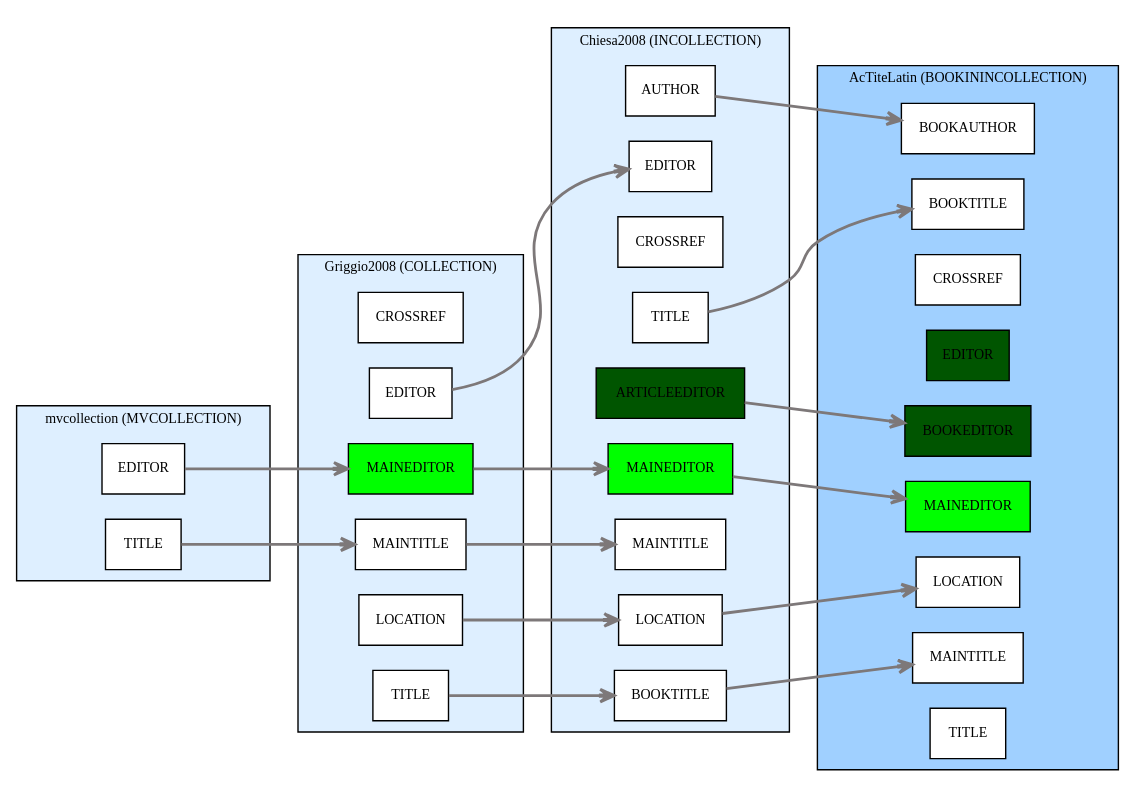
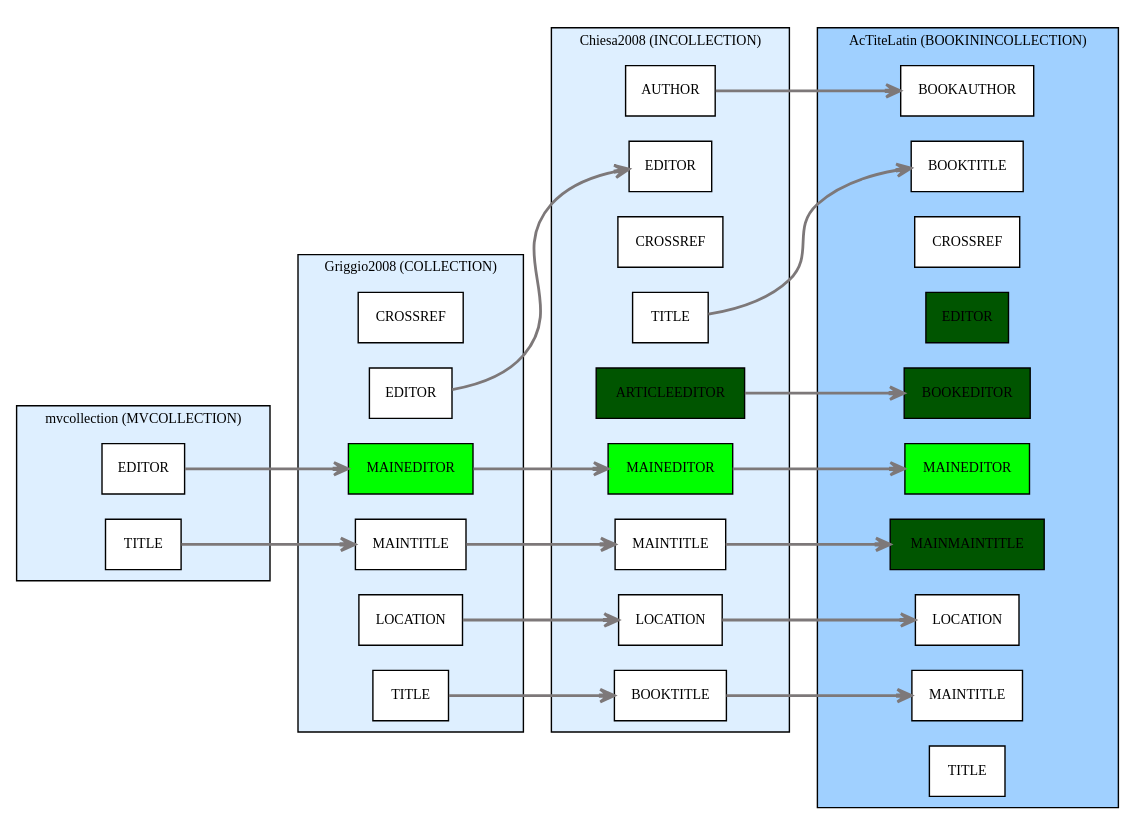
The diagram in collection.dot (maieul/biblatex-bookinarticle), drawn with Graphviz before and after one commit.

Commit message:
ajouter MAINMAINTITLE

```diff
--- a/collection.dot
+++ b/collection.dot
@@ -1,85 +1,87 @@
 digraph Biberdata {
   compound = true;
   edge [ arrowhead=open ];
   graph [ style=filled, rankdir=LR ];
   node [
     fontsize=10,
     fillcolor=white,
     style=filled,
     shape=box ];
 
   subgraph "cluster_section0/AcTiteLatin" {
     fontsize="10";
     label="AcTiteLatin (BOOKININCOLLECTION)";
     tooltip="AcTiteLatin (BOOKININCOLLECTION)";
     fillcolor="#a0d0ff";
 
     "section0/AcTiteLatin/bookauthor" [ label="BOOKAUTHOR" ]
     "section0/AcTiteLatin/booktitle" [ label="BOOKTITLE" ]
     "section0/AcTiteLatin/crossref" [ label="CROSSREF" ]
     "section0/AcTiteLatin/editor" [fillcolor="#005500", label="EDITOR" ]
     "section0/AcTiteLatin/bookeditor" [fillcolor="#005500", label="BOOKEDITOR" ]
     "section0/AcTiteLatin/maineditor" [fillcolor="#00ff00", label="MAINEDITOR" ]
+    "section0/AcTiteLatin/mainmaintitle" [fillcolor="#005500", label="MAINMAINTITLE" ]
     "section0/AcTiteLatin/location" [ label="LOCATION" ]
     "section0/AcTiteLatin/maintitle" [ label="MAINTITLE" ]
     "section0/AcTiteLatin/title" [ label="TITLE" ]
   }
 
   subgraph "cluster_section0/mvcollection" {
     fontsize="10";
     label="mvcollection (MVCOLLECTION)";
     tooltip="mvcollection (MVCOLLECTION)";
     fillcolor="#deefff";
 
     "section0/mvcollection/editor" [ label="EDITOR" ]
     "section0/mvcollection/title" [ label="TITLE" ]
   }
 
   subgraph "cluster_section0/Chiesa2008" {
     fontsize="10";
     label="Chiesa2008 (INCOLLECTION)";
     tooltip="Chiesa2008 (INCOLLECTION)";
     fillcolor="#deefff";
 
     "section0/Chiesa2008/author" [ label="AUTHOR" ]
     "section0/Chiesa2008/booktitle" [ label="BOOKTITLE" ]
     "section0/Chiesa2008/crossref" [ label="CROSSREF" ]
     "section0/Chiesa2008/editor" [ label="EDITOR" ]
     "section0/Chiesa2008/articleeditor" [fillcolor="#005500", label="ARTICLEEDITOR" ]
     "section0/Chiesa2008/maineditor" [fillcolor="#00ff00", label="MAINEDITOR" ]
     "section0/Chiesa2008/location" [ label="LOCATION" ]
     "section0/Chiesa2008/maintitle" [ label="MAINTITLE" ]
     "section0/Chiesa2008/title" [ label="TITLE" ]
   }
 
   subgraph "cluster_section0/Griggio2008" {
     fontsize="10";
     label="Griggio2008 (COLLECTION)";
     tooltip="Griggio2008 (COLLECTION)";
     fillcolor="#deefff";
 
     "section0/Griggio2008/crossref" [ label="CROSSREF" ]
     "section0/Griggio2008/editor" [ label="EDITOR" ]
     "section0/Griggio2008/maineditor" [fillcolor="#00ff00", label="MAINEDITOR" ]
     "section0/Griggio2008/location" [ label="LOCATION" ]
     "section0/Griggio2008/maintitle" [ label="MAINTITLE" ]
     "section0/Griggio2008/title" [ label="TITLE" ]
   }
 
 
 
   "section0/mvcollection/title" -> "section0/Griggio2008/maintitle" [ penwidth="2.0", color="#7d7879", tooltip="Griggio2008/MAINTITLE inherited via CROSSREF from mvcollection/TITLE" ]
   "section0/mvcollection/editor" -> "section0/Griggio2008/maineditor" [ penwidth="2.0", color="#7d7879", tooltip="Griggio2008/MAINEDITOR inherited via CROSSREF from mvcollection/EDITOR" ]
   "section0/Chiesa2008/booktitle" -> "section0/AcTiteLatin/maintitle" [ penwidth="2.0", color="#7d7879", tooltip="AcTiteLatin/MAINTITLE inherited via CROSSREF from Chiesa2008/BOOKTITLE" ]
   "section0/Chiesa2008/maineditor" -> "section0/AcTiteLatin/maineditor" [ penwidth="2.0", color="#7d7879", tooltip="AcTiteLatin/MAINEDITOR inherited via CROSSREF from Chiesa2008/MAINEDITOR" ]
   "section0/Chiesa2008/articleeditor" -> "section0/AcTiteLatin/bookeditor" [ penwidth="2.0", color="#7d7879", tooltip="AcTiteLatin/BOOKEDITOR inherited via CROSSREF from Chiesa2008/ARTICLEEDITOR" ]
   "section0/Chiesa2008/author" -> "section0/AcTiteLatin/bookauthor" [ penwidth="2.0", color="#7d7879", tooltip="AcTiteLatin/BOOKAUTHOR inherited via CROSSREF from Chiesa2008/AUTHOR" ]
   "section0/Chiesa2008/location" -> "section0/AcTiteLatin/location" [ penwidth="2.0", color="#7d7879", tooltip="AcTiteLatin/LOCATION inherited via CROSSREF from Chiesa2008/LOCATION" ]
+  "section0/Chiesa2008/maintitle" -> "section0/AcTiteLatin/mainmaintitle" [ penwidth="2.0", color="#7d7879", tooltip="AcTiteLatin/MAINMAINTITLE inherited via CROSSREF from Chiesa2008/MAINTITLE" ]
   "section0/Chiesa2008/title" -> "section0/AcTiteLatin/booktitle" [ penwidth="2.0", color="#7d7879", tooltip="AcTiteLatin/BOOKTITLE inherited via CROSSREF from Chiesa2008/TITLE" ]
   "section0/Griggio2008/editor" -> "section0/Chiesa2008/editor" [ penwidth="2.0", color="#7d7879", tooltip="Chiesa2008/EDITOR inherited via CROSSREF from Griggio2008/EDITOR" ]
   "section0/Griggio2008/maineditor" -> "section0/Chiesa2008/maineditor" [ penwidth="2.0", color="#7d7879", tooltip="Chiesa2008/MAINEDITOR inherited via CROSSREF from Griggio2008/MAINEDITOR" ]
   "section0/Griggio2008/title" -> "section0/Chiesa2008/booktitle" [ penwidth="2.0", color="#7d7879", tooltip="Chiesa2008/BOOKTITLE inherited via CROSSREF from Griggio2008/TITLE" ]
   "section0/Griggio2008/location" -> "section0/Chiesa2008/location" [ penwidth="2.0", color="#7d7879", tooltip="Chiesa2008/LOCATION inherited via CROSSREF from Griggio2008/LOCATION" ]
   "section0/Griggio2008/maintitle" -> "section0/Chiesa2008/maintitle" [ penwidth="2.0", color="#7d7879", tooltip="Chiesa2008/MAINTITLE inherited via CROSSREF from Griggio2008/MAINTITLE" ]
 
 }
```
